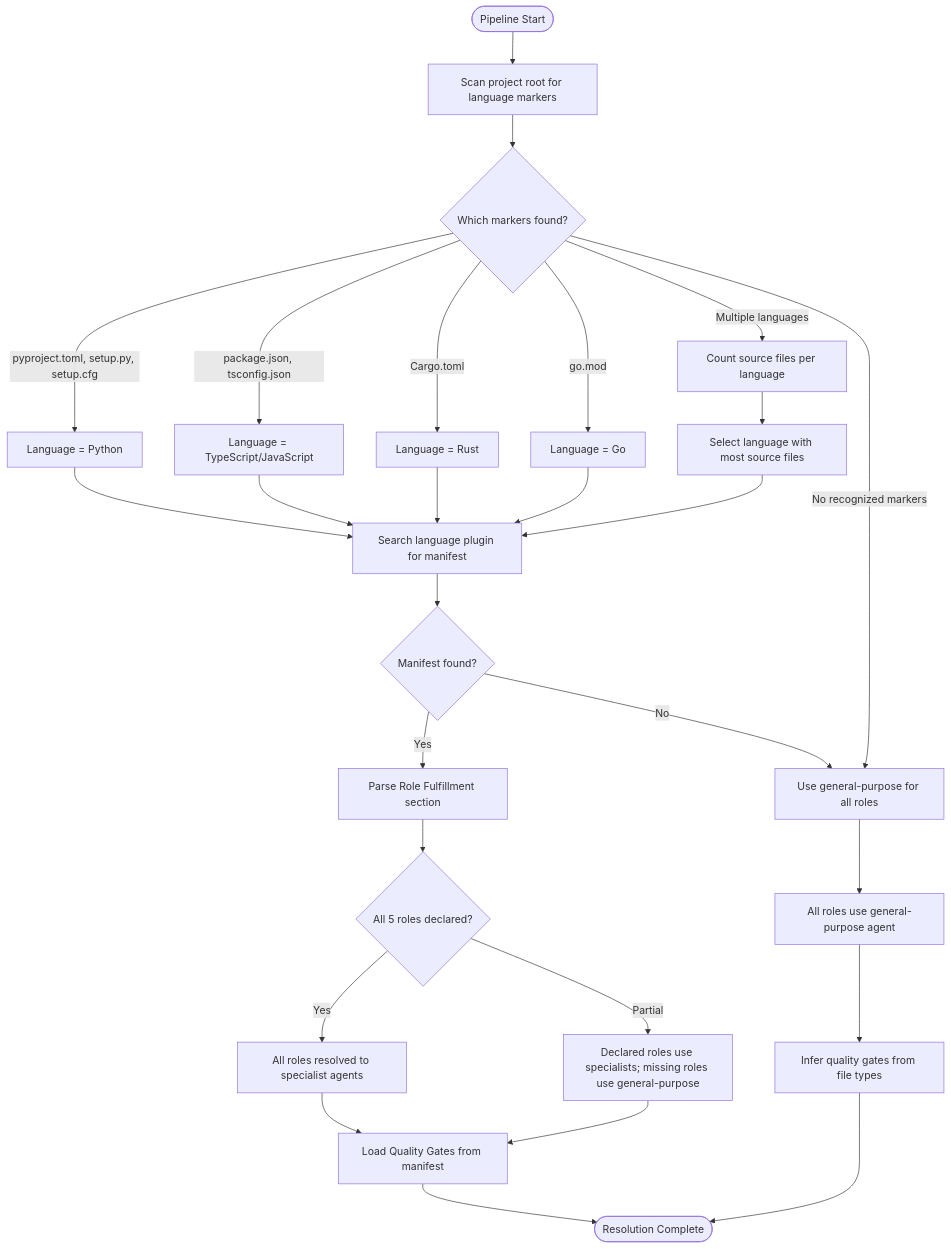
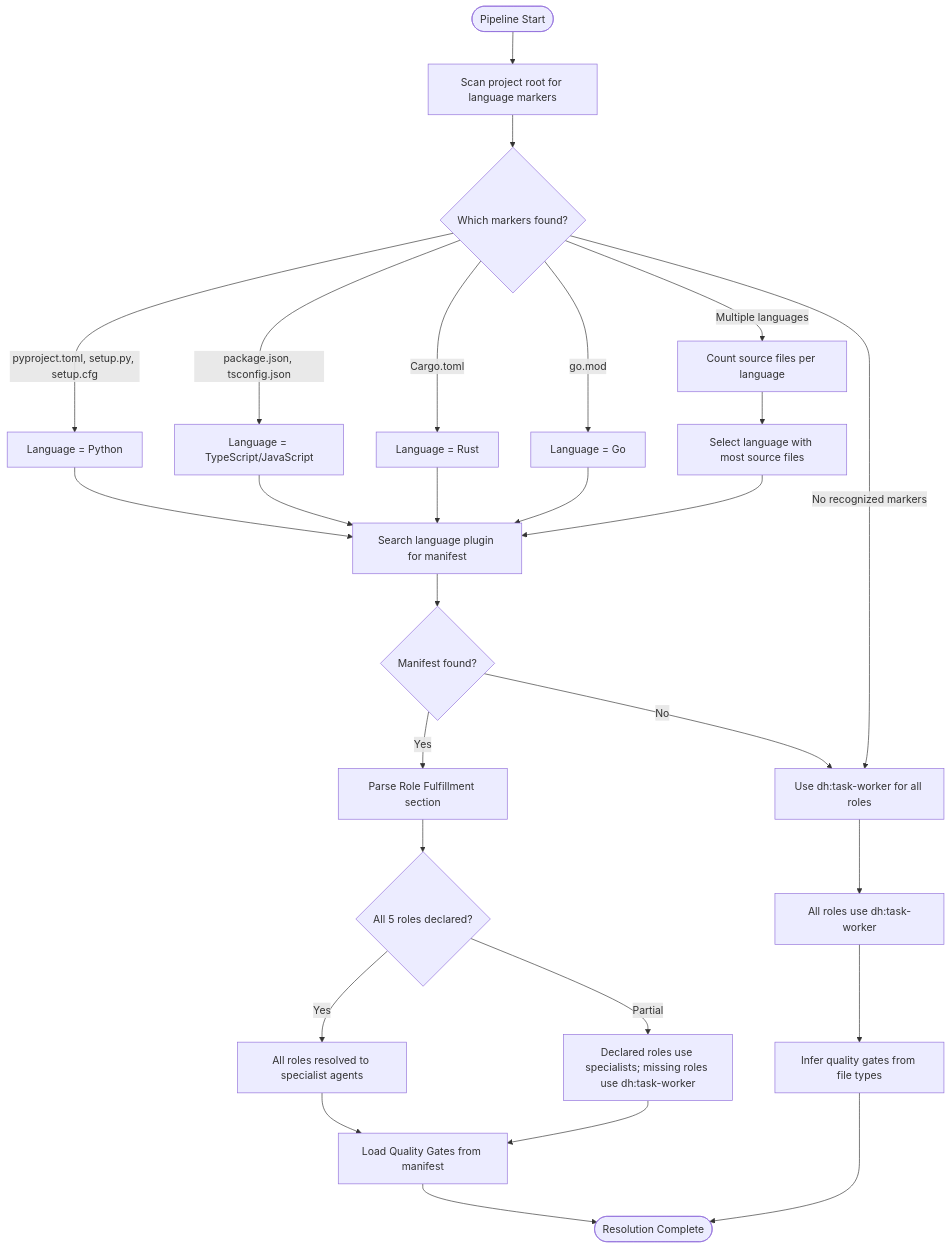
Before and after one commit to chgreer1070/claude_skills: the diagram in plugins/development-harness/skills/development-harness/references/role-resolution-protocol.md, drawn with Mermaid. The commit also changed other lines of this file and 10 other files, not shown here.

````diff
--- a/plugins/development-harness/skills/development-harness/references/role-resolution-protocol.md
+++ b/plugins/development-harness/skills/development-harness/references/role-resolution-protocol.md
@@ -17,29 +17,29 @@
 ```mermaid
 flowchart TD
     Start([Pipeline Start]) --> ScanRoot[Scan project root for language markers]
     ScanRoot --> Markers{Which markers found?}
     Markers -->|pyproject.toml, setup.py, setup.cfg| Python[Language = Python]
     Markers -->|package.json, tsconfig.json| TypeScript[Language = TypeScript/JavaScript]
     Markers -->|Cargo.toml| Rust[Language = Rust]
     Markers -->|go.mod| Go[Language = Go]
     Markers -->|Multiple languages| Disambiguate[Count source files per language]
-    Markers -->|No recognized markers| Fallback[Use general-purpose for all roles]
+    Markers -->|No recognized markers| Fallback[Use dh:task-worker for all roles]
     Disambiguate --> Primary[Select language with most source files]
     Python --> FindManifest[Search language plugin for manifest]
     TypeScript --> FindManifest
     Rust --> FindManifest
     Go --> FindManifest
     Primary --> FindManifest
     FindManifest --> ManifestExists{Manifest found?}
     ManifestExists -->|Yes| ParseManifest[Parse Role Fulfillment section]
     ManifestExists -->|No| Fallback
     ParseManifest --> ValidateRoles{All 5 roles declared?}
     ValidateRoles -->|Yes| FullResolve[All roles resolved to specialist agents]
-    ValidateRoles -->|Partial| MixedResolve[Declared roles use specialists; missing roles use general-purpose]
-    Fallback --> DefaultResolve[All roles use general-purpose agent]
+    ValidateRoles -->|Partial| MixedResolve[Declared roles use specialists; missing roles use dh:task-worker]
+    Fallback --> DefaultResolve[All roles use dh:task-worker]
     FullResolve --> LoadGates[Load Quality Gates from manifest]
     MixedResolve --> LoadGates
     DefaultResolve --> InferGates[Infer quality gates from file types]
     LoadGates --> Ready([Resolution Complete])
     InferGates --> Ready
 ```
````
